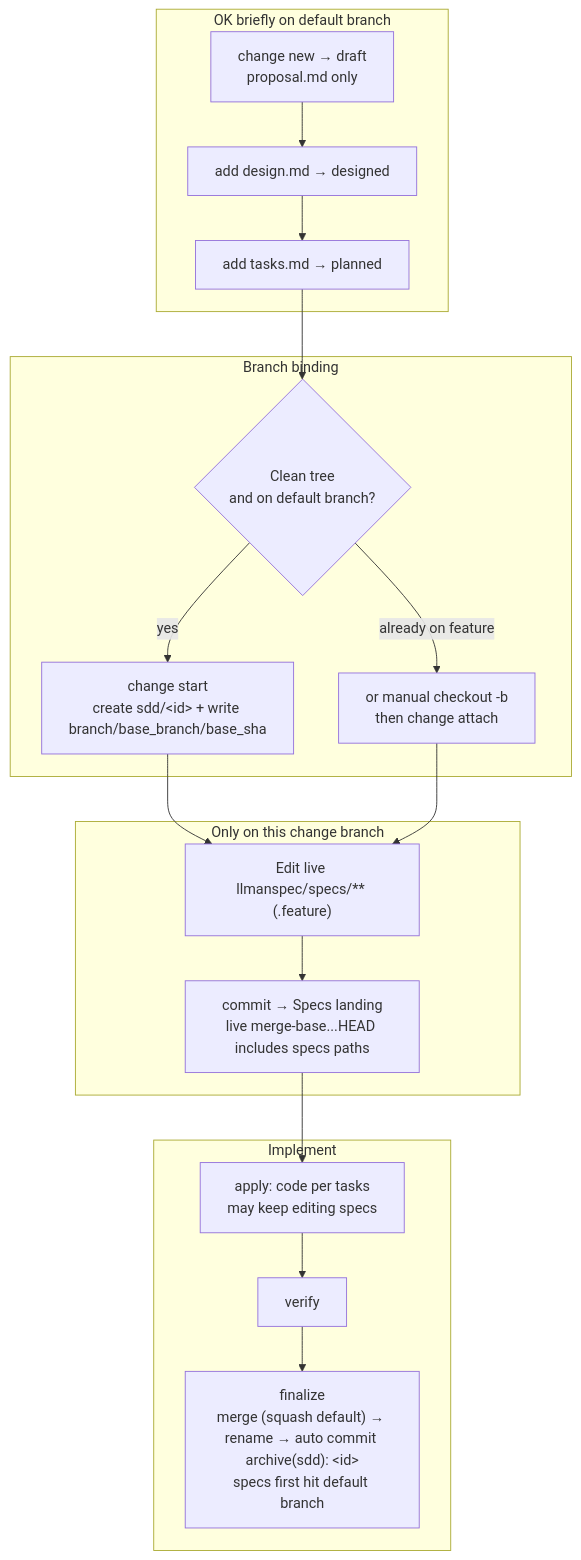
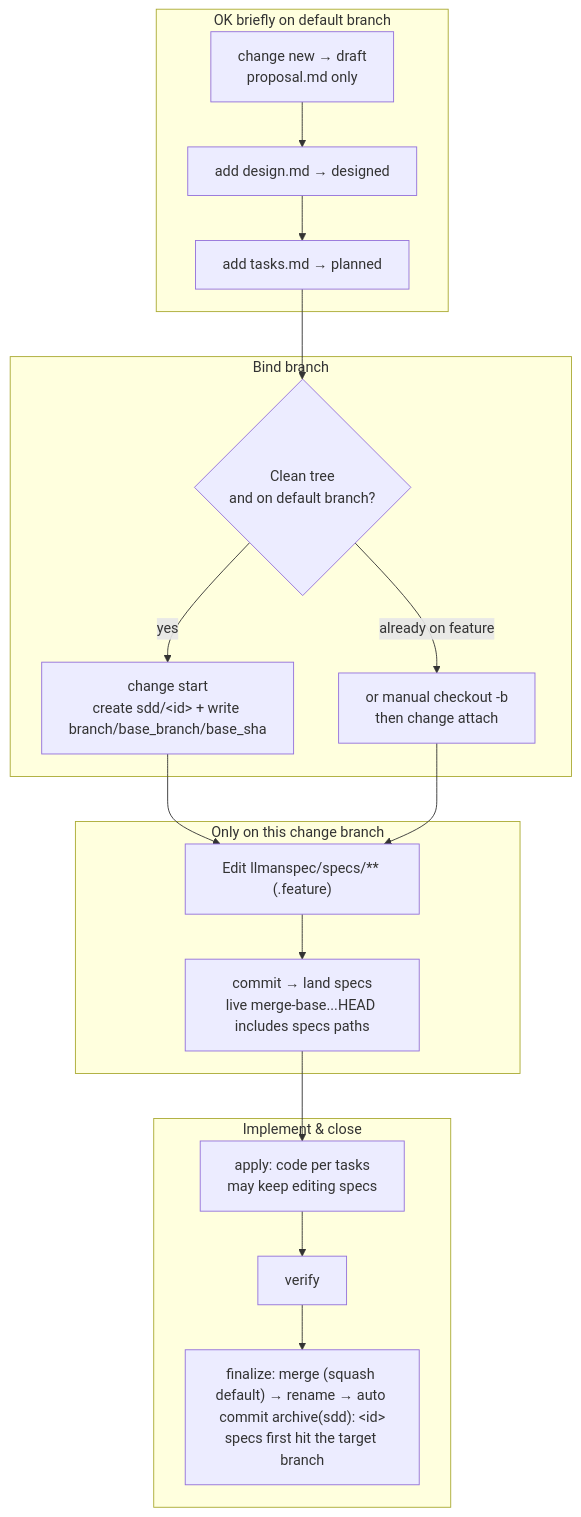
Before and after one commit to StrayDragon/llman-sdd: the diagram in packages/core/templates/en/units/skills/git-native-flow.md, drawn with Mermaid. The commit also changed other lines of this file and 77 other files, not shown here.

````diff
--- a/packages/core/templates/en/units/skills/git-native-flow.md
+++ b/packages/core/templates/en/units/skills/git-native-flow.md
@@ -5,30 +5,30 @@
 ```mermaid
 flowchart TB
   subgraph main_ok["OK briefly on default branch"]
     A["change new → draft<br/>proposal.md only"]
     B1["add design.md → designed"]
     B2["add tasks.md → planned"]
   end
 
-  subgraph gate_start["Branch binding"]
+  subgraph bind["Bind branch"]
     C{"Clean tree<br/>and on default branch?"}
     D["change start<br/>create sdd/&lt;id&gt; + write branch/base_branch/base_sha"]
     E["or manual checkout -b<br/>then change attach"]
   end
 
   subgraph specs_only["Only on this change branch"]
-    F["Edit live llmanspec/specs/** (.feature)"]
-    G["commit → Specs landing<br/>live merge-base...HEAD includes specs paths"]
+    F["Edit llmanspec/specs/** (.feature)"]
+    G["commit → land specs<br/>live merge-base...HEAD includes specs paths"]
   end
 
-  subgraph implement["Implement"]
+  subgraph implement["Implement & close"]
     H["apply: code per tasks<br/>may keep editing specs"]
     I["verify"]
-    J["finalize<br/>merge (squash default) → rename → auto commit archive(sdd): &lt;id&gt;<br/>specs first hit default branch"]
+    J["finalize: merge (squash default) → rename → auto commit archive(sdd): &lt;id&gt;<br/>specs first hit the target branch"]
   end
 
   A --> B1 --> B2 --> C
   C -->|yes| D --> F
   C -->|already on feature| E --> F
   F --> G --> H --> I --> J
 ```
````
